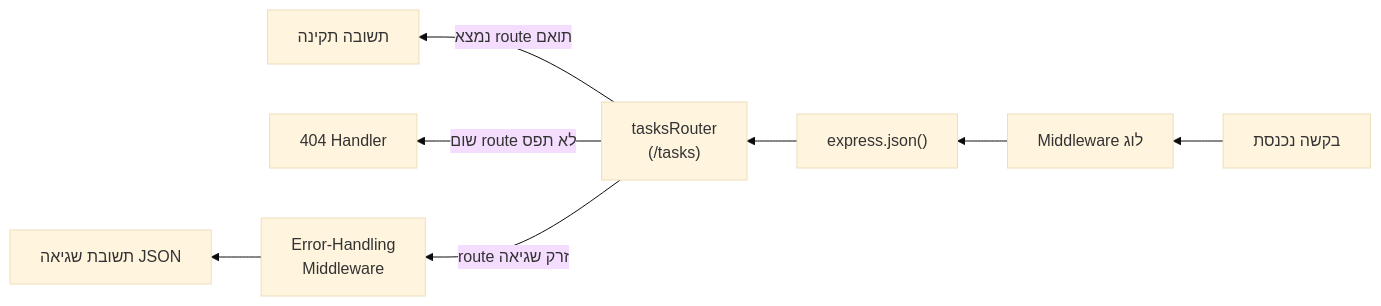
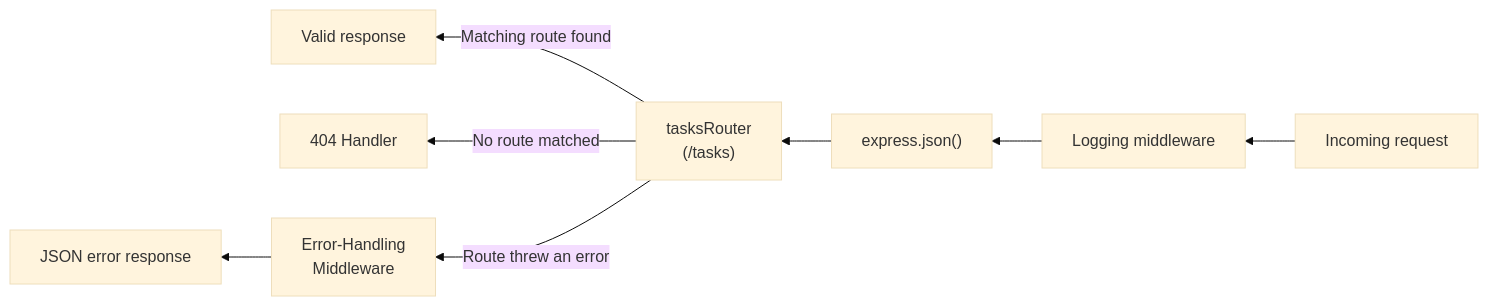
The diagram in content/docs/server/108-server-capstone-project-content.md (neriyaMalachi/FullStack_kodkode_5), drawn with Mermaid (base theme) before and after one commit. The commit also changed other lines of this file and 117 other files, not shown here.

````diff
--- a/content/docs/server/108-server-capstone-project-content.md
+++ b/content/docs/server/108-server-capstone-project-content.md
@@ -62,10 +62,10 @@
 ```mermaid
 flowchart RL
-    REQ["בקשה נכנסת"] --> LOG["Middleware לוג"]
+    REQ["Incoming request"] --> LOG["Logging middleware"]
     LOG --> JSON["express.json()"]
     JSON --> ROUTER["tasksRouter<br/>(/tasks)"]
-    ROUTER -->|"נמצא route תואם"| RES["תשובה תקינה"]
-    ROUTER -->|"שום route לא תפס"| NF["404 Handler"]
-    ROUTER -->|"route זרק שגיאה"| ERR["Error-Handling<br/>Middleware"]
-    ERR --> RES2["תשובת שגיאה JSON"]
+    ROUTER -->|"Matching route found"| RES["Valid response"]
+    ROUTER -->|"No route matched"| NF["404 Handler"]
+    ROUTER -->|"Route threw an error"| ERR["Error-Handling<br/>Middleware"]
+    ERR --> RES2["JSON error response"]
 ```
````
